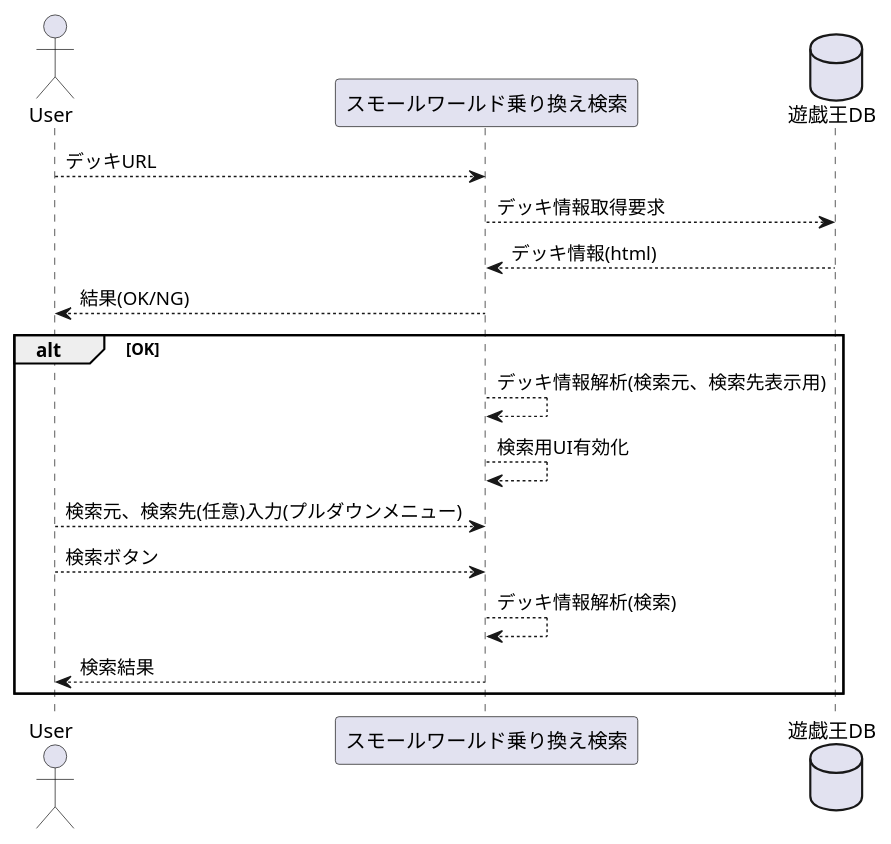
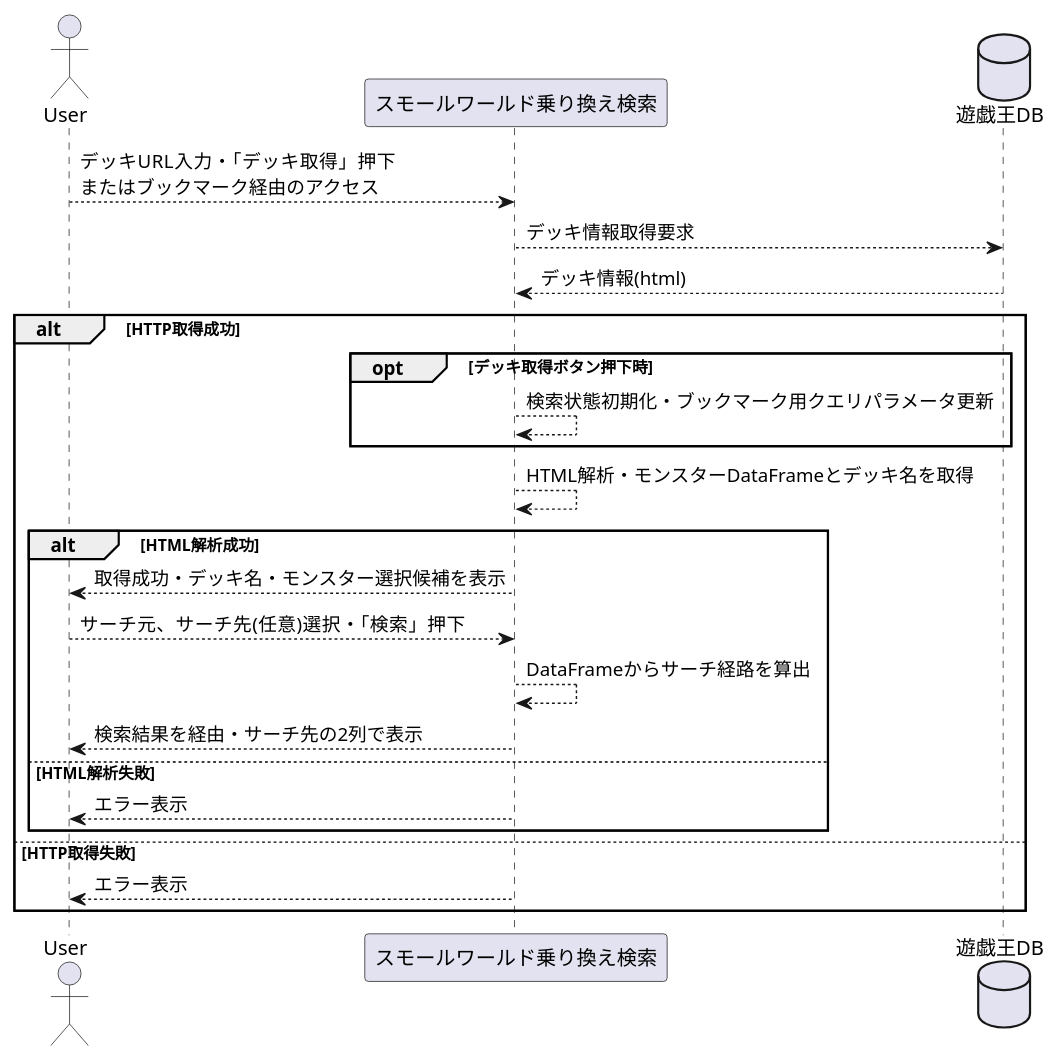
One commit to ikishichi/ygo-small-world-transit changed the third of 6 diagrams in docs/ygo-small-world-transit.md. Above: the diagram before and after it, drawn with PlantUML. The commit also changed other lines of this file and 2 other files, not shown here.

````diff
--- a/docs/ygo-small-world-transit.md
+++ b/docs/ygo-small-world-transit.md
@@ -46,21 +49,28 @@
 ```plantuml
 @startuml
 actor User as user
 participant "スモールワールド乗り換え検索" as sw
 database 遊戯王DB as db
 
-user --> sw : デッキURL
+user --> sw : デッキURL入力・「デッキ取得」押下\nまたはブックマーク経由のアクセス
 sw --> db : デッキ情報取得要求
 db --> sw : デッキ情報(html)
-sw --> user : 結果(OK/NG)
-alt OK
-    sw --> sw : デッキ情報解析(検索元、検索先表示用)
-    sw --> sw : 検索用UI有効化
-    user --> sw : 検索元、検索先(任意)入力(プルダウンメニュー)
-    user --> sw : 検索ボタン
-    sw --> sw : デッキ情報解析(検索)
-    sw --> user : 検索結果
+alt HTTP取得成功
+    opt デッキ取得ボタン押下時
+        sw --> sw : 検索状態初期化・ブックマーク用クエリパラメータ更新
+    end
+    sw --> sw : HTML解析・モンスターDataFrameとデッキ名を取得
+    alt HTML解析成功
+        sw --> user : 取得成功・デッキ名・モンスター選択候補を表示
+        user --> sw : サーチ元、サーチ先(任意)選択・「検索」押下
+        sw --> sw : DataFrameからサーチ経路を算出
+        sw --> user : 検索結果を経由・サーチ先の2列で表示
+    else HTML解析失敗
+        sw --> user : エラー表示
+    end
+else HTTP取得失敗
+    sw --> user : エラー表示
 end
 
 @enduml
 ```
````
